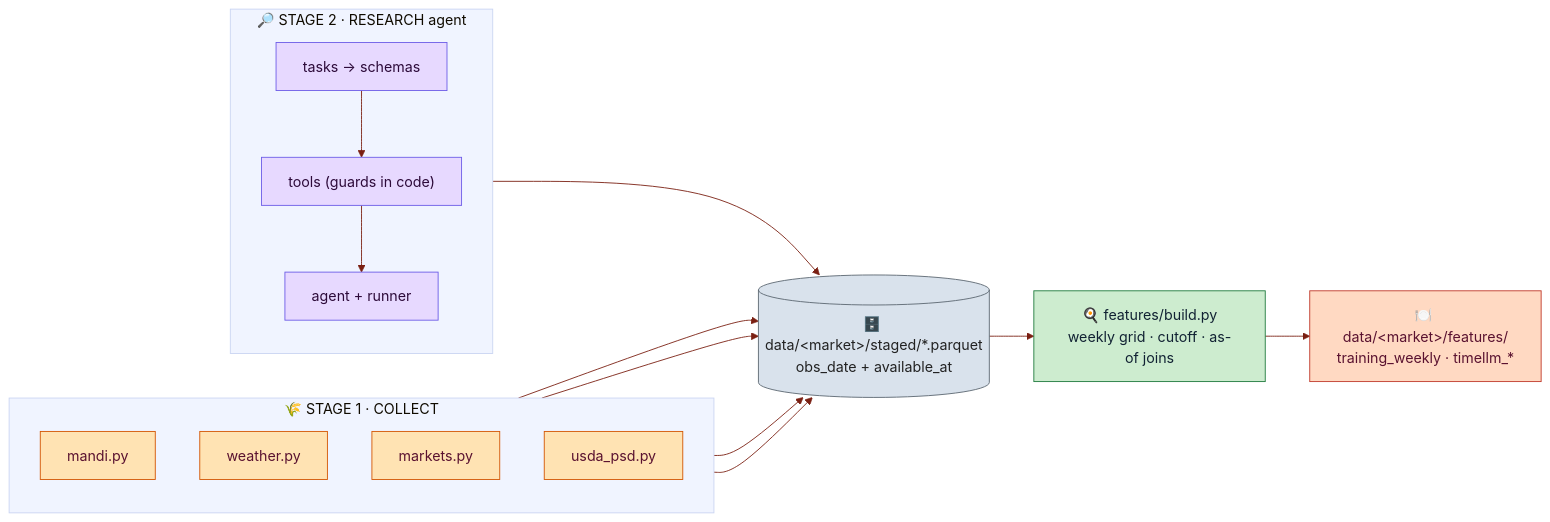
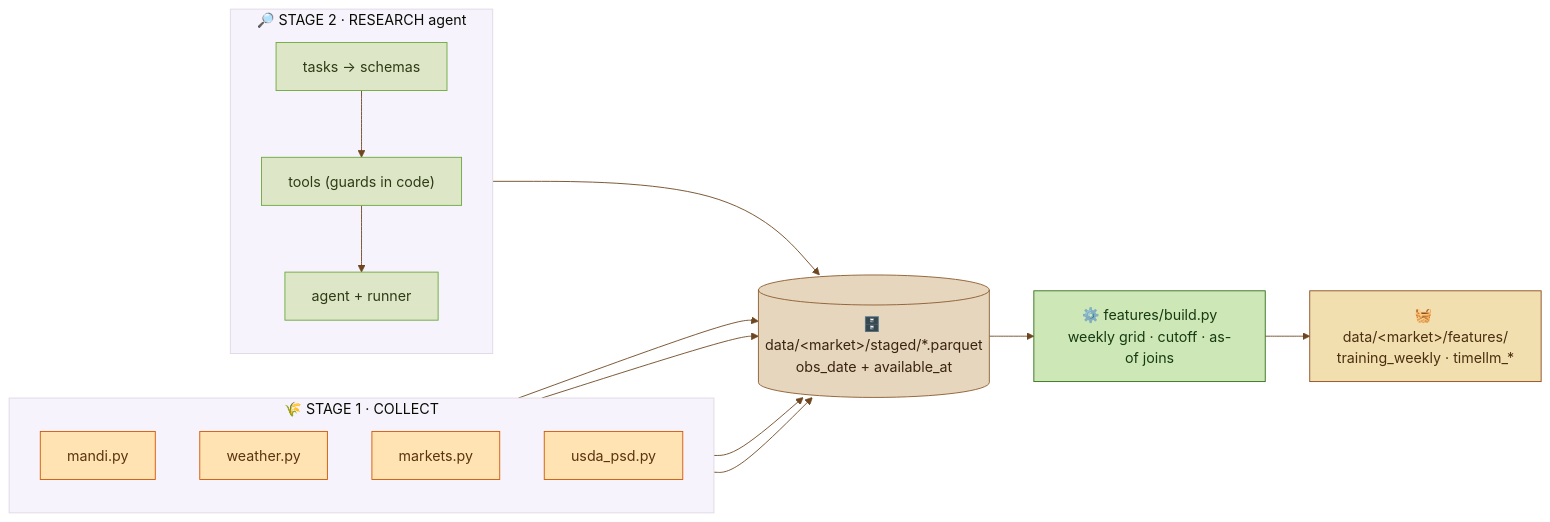
One commit to jaskaran1991singh/soyabean_price_forecast changed the diagram in README.md. Above: the diagram before and after it, drawn with Mermaid. The commit also changed other lines of this file and 5 other files, not shown here.

````diff
--- a/README.md
+++ b/README.md
@@ -56,33 +56,33 @@
 ```mermaid
-%%{init: {'theme':'base','themeVariables':{'primaryColor':'#FFF3D6','primaryBorderColor':'#C0392B','primaryTextColor':'#5a1230','lineColor':'#7a1f12','fontFamily':'Trebuchet MS'}}}%%
+%%{init: {'theme':'base','themeVariables':{'primaryColor':'#EAF6DF','primaryBorderColor':'#3f7d27','primaryTextColor':'#25571a','lineColor':'#6e4620','fontFamily':'Trebuchet MS'}}}%%
 flowchart LR
   subgraph S1["🌾 STAGE 1 · COLLECT"]
     direction TB
     C1["mandi.py"]:::c
     C2["weather.py"]:::c
     C3["markets.py"]:::c
     C4["usda_psd.py"]:::c
   end
   subgraph S2["🔎 STAGE 2 · RESEARCH agent"]
     direction TB
     A1["tasks → schemas"]:::a
     A2["tools (guards in code)"]:::a
     A3["agent + runner"]:::a
   end
   ST[("🗄️ data/&lt;market&gt;/staged/*.parquet<br/>obs_date + available_at")]:::s
-  B["🍳 features/build.py<br/>weekly grid · cutoff · as-of joins"]:::b
-  OUT["🍽️ data/&lt;market&gt;/features/<br/>training_weekly · timellm_*"]:::o
+  B["⚙️ features/build.py<br/>weekly grid · cutoff · as-of joins"]:::b
+  OUT["🧺 data/&lt;market&gt;/features/<br/>training_weekly · timellm_*"]:::o
 
   C1 --> ST
   C2 --> ST
   C3 --> ST
   C4 --> ST
   A1 --> A2 --> A3 --> ST
   ST --> B --> OUT
 
-  classDef c fill:#FFE3B3,stroke:#D35400,color:#5a1230;
-  classDef a fill:#E7D9FF,stroke:#6C5CE7,color:#2d0b3a;
-  classDef s fill:#D9E2EC,stroke:#5b6670,color:#222;
-  classDef b fill:#CDECCF,stroke:#1f7a3d,color:#123;
-  classDef o fill:#FFD9C2,stroke:#C0392B,color:#5a1230;
+  classDef c fill:#FFE3B3,stroke:#D35400,color:#5a3410;
+  classDef a fill:#DDE7C8,stroke:#6aa83a,color:#2f3b16;
+  classDef s fill:#E7D6BE,stroke:#8a5a2b,color:#3a2410;
+  classDef b fill:#CDE7B6,stroke:#2f6d1a,color:#163a12;
+  classDef o fill:#F2DFB0,stroke:#8a4a1e,color:#4a2f10;
 ```
````
